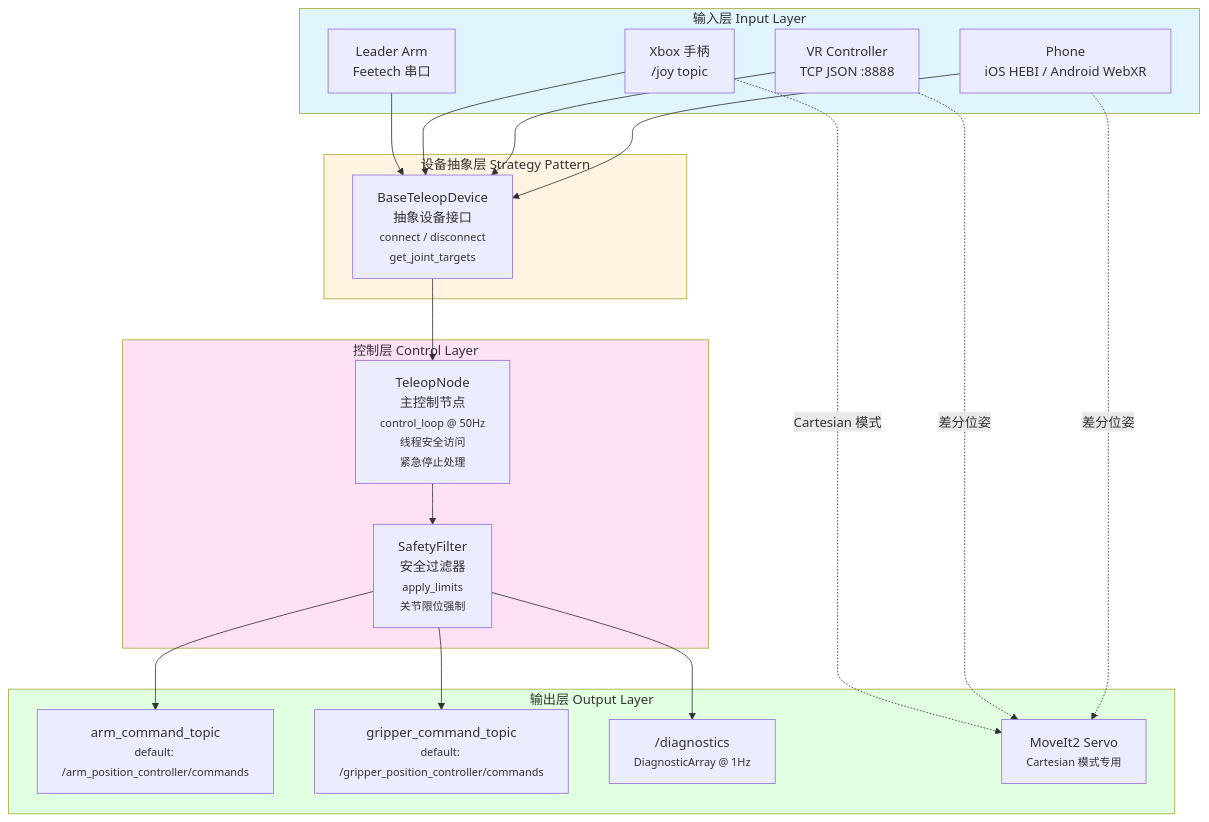
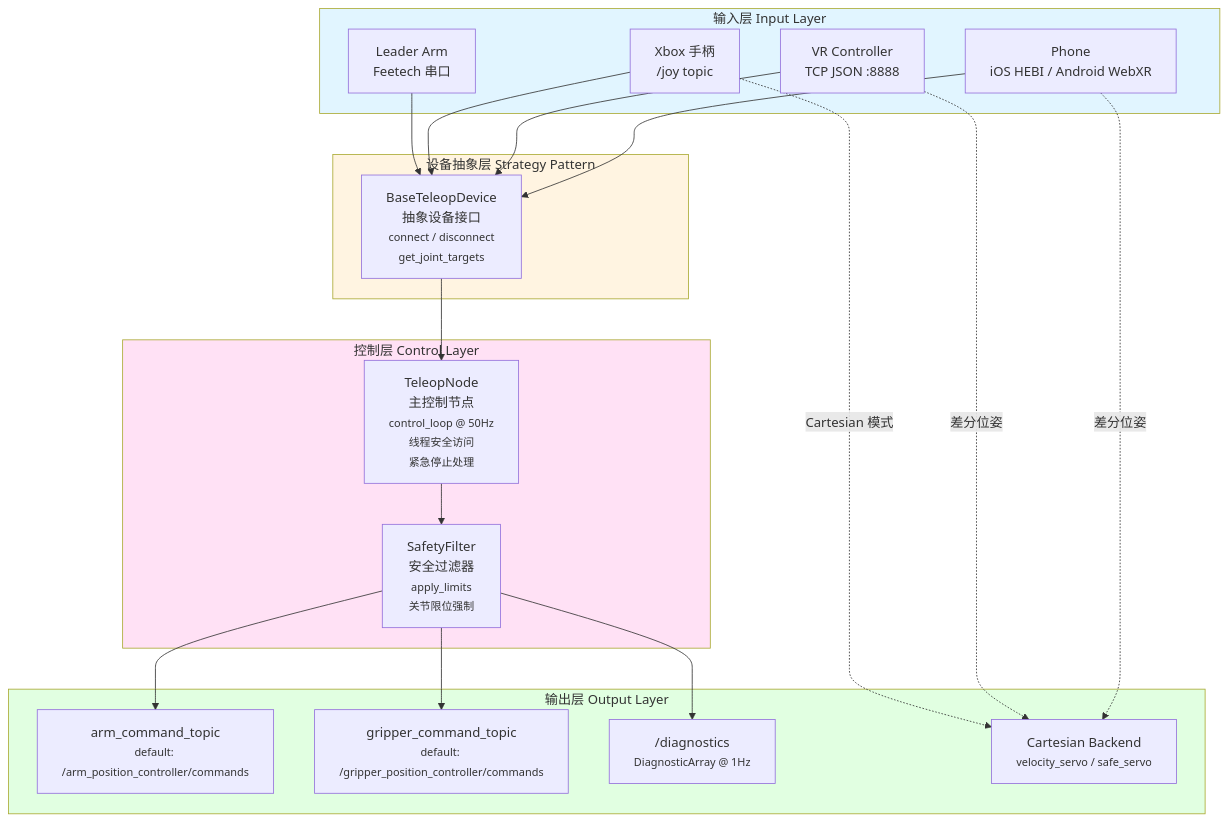
The first of 2 diagrams in src/robot_teleop/README.md (StoneStar-Aiknow/IB_Robot), drawn with Mermaid before and after one commit. The commit also changed other lines of this file and 22 other files, not shown here.

First line of the commit message:
robot_moveit,robot_teleop: add SO-101 safe_servo Cartesian teleop

````diff
--- a/src/robot_teleop/README.md
+++ b/src/robot_teleop/README.md
@@ -21,44 +21,44 @@
 ```mermaid
 graph TB
     subgraph Input["输入层 Input Layer"]
         LA["Leader Arm<br/>Feetech 串口"]
         XB["Xbox 手柄<br/>/joy topic"]
         VR["VR Controller<br/>TCP JSON :8888"]
         PH["Phone<br/>iOS HEBI / Android WebXR"]
     end
 
     subgraph Device["设备抽象层 Strategy Pattern"]
         Base["BaseTeleopDevice<br/>抽象设备接口<br/><small>connect / disconnect<br/>get_joint_targets</small>"]
     end
 
     subgraph Control["控制层 Control Layer"]
         Node["TeleopNode<br/>主控制节点<br/><small>control_loop @ 50Hz<br/>线程安全访问<br/>紧急停止处理</small>"]
         Filter["SafetyFilter<br/>安全过滤器<br/><small>apply_limits<br/>关节限位强制</small>"]
     end
 
     subgraph Output["输出层 Output Layer"]
         ARM["arm_command_topic<br/><small>default: /arm_position_controller/commands</small>"]
         GRIP["gripper_command_topic<br/><small>default: /gripper_position_controller/commands</small>"]
         DIAG["/diagnostics<br/><small>DiagnosticArray @ 1Hz</small>"]
-        SERVO["MoveIt2 Servo<br/><small>Cartesian 模式专用</small>"]
+        SERVO["Cartesian Backend<br/><small>velocity_servo / safe_servo</small>"]
     end
 
     LA --> Base
     XB --> Base
     VR --> Base
     PH --> Base
 
     Base --> Node
     Node --> Filter
     Filter --> ARM
     Filter --> GRIP
     Filter --> DIAG
     XB -.->|"Cartesian 模式"| SERVO
     VR -.->|"差分位姿"| SERVO
     PH -.->|"差分位姿"| SERVO
 
     style Input fill:#e1f5ff
     style Device fill:#fff4e1
     style Control fill:#ffe1f5
     style Output fill:#e1ffe1
 ```
````
